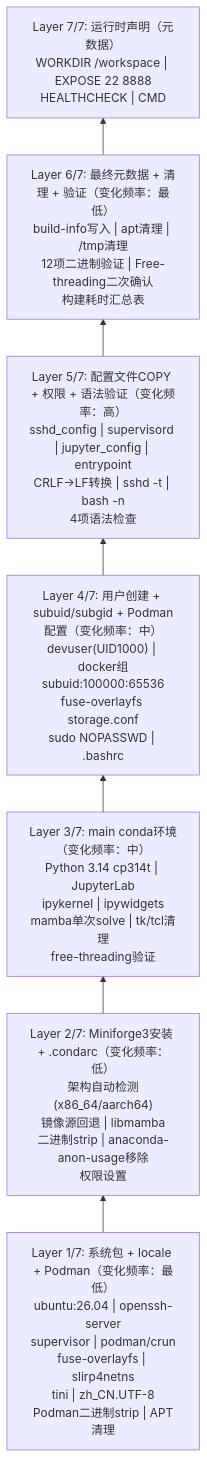
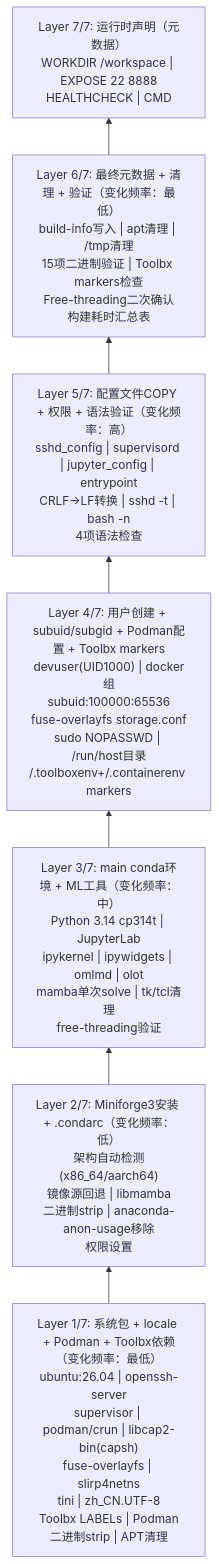
One commit to xinetzone/SpecWeave changed the diagram in apps/containers/jupyter-podman-rootless/README.md. Above: the diagram before and after it, drawn with Mermaid. The commit also changed other lines of this file and 1 other file, not shown here.

First line of the commit message:
docs(jupyter-podman-rootless): 同步README/AGENTS文档以反映五轮优化完整状态

````diff
--- a/apps/containers/jupyter-podman-rootless/README.md
+++ b/apps/containers/jupyter-podman-rootless/README.md
@@ -198,11 +264,11 @@
 ```mermaid
 flowchart BT
     L7["Layer 7/7: 运行时声明（元数据）<br/>WORKDIR /workspace | EXPOSE 22 8888<br/>HEALTHCHECK | CMD"]
-    L6["Layer 6/7: 最终元数据 + 清理 + 验证（变化频率：最低）<br/>build-info写入 | apt清理 | /tmp清理<br/>12项二进制验证 | Free-threading二次确认<br/>构建耗时汇总表"]
+    L6["Layer 6/7: 最终元数据 + 清理 + 验证（变化频率：最低）<br/>build-info写入 | apt清理 | /tmp清理<br/>15项二进制验证 | Toolbx markers检查<br/>Free-threading二次确认<br/>构建耗时汇总表"]
     L5["Layer 5/7: 配置文件COPY + 权限 + 语法验证（变化频率：高）<br/>sshd_config | supervisord | jupyter_config | entrypoint<br/>CRLF→LF转换 | sshd -t | bash -n<br/>4项语法检查"]
-    L4["Layer 4/7: 用户创建 + subuid/subgid + Podman配置（变化频率：中）<br/>devuser(UID1000) | docker组<br/>subuid:100000:65536<br/>fuse-overlayfs storage.conf<br/>sudo NOPASSWD | .bashrc"]
-    L3["Layer 3/7: main conda环境（变化频率：中）<br/>Python 3.14 cp314t | JupyterLab<br/>ipykernel | ipywidgets<br/>mamba单次solve | tk/tcl清理<br/>free-threading验证"]
+    L4["Layer 4/7: 用户创建 + subuid/subgid + Podman配置 + Toolbx markers<br/>devuser(UID1000) | docker组<br/>subuid:100000:65536<br/>fuse-overlayfs storage.conf<br/>sudo NOPASSWD | /run/host目录<br/>/.toolboxenv+/.containerenv markers"]
+    L3["Layer 3/7: main conda环境 + ML工具（变化频率：中）<br/>Python 3.14 cp314t | JupyterLab<br/>ipykernel | ipywidgets | omlmd | olot<br/>mamba单次solve | tk/tcl清理<br/>free-threading验证"]
     L2["Layer 2/7: Miniforge3安装 + .condarc（变化频率：低）<br/>架构自动检测(x86_64/aarch64)<br/>镜像源回退 | libmamba<br/>二进制strip | anaconda-anon-usage移除<br/>权限设置"]
-    L1["Layer 1/7: 系统包 + locale + Podman（变化频率：最低）<br/>ubuntu:26.04 | openssh-server<br/>supervisor | podman/crun<br/>fuse-overlayfs | slirp4netns<br/>tini | zh_CN.UTF-8<br/>Podman二进制strip | APT清理"]
+    L1["Layer 1/7: 系统包 + locale + Podman + Toolbx依赖（变化频率：最低）<br/>ubuntu:26.04 | openssh-server<br/>supervisor | podman/crun | libcap2-bin(capsh)<br/>fuse-overlayfs | slirp4netns<br/>tini | zh_CN.UTF-8<br/>Toolbx LABELs | Podman二进制strip | APT清理"]
     L1 --> L2 --> L3 --> L4 --> L5 --> L6 --> L7
 ```
````
